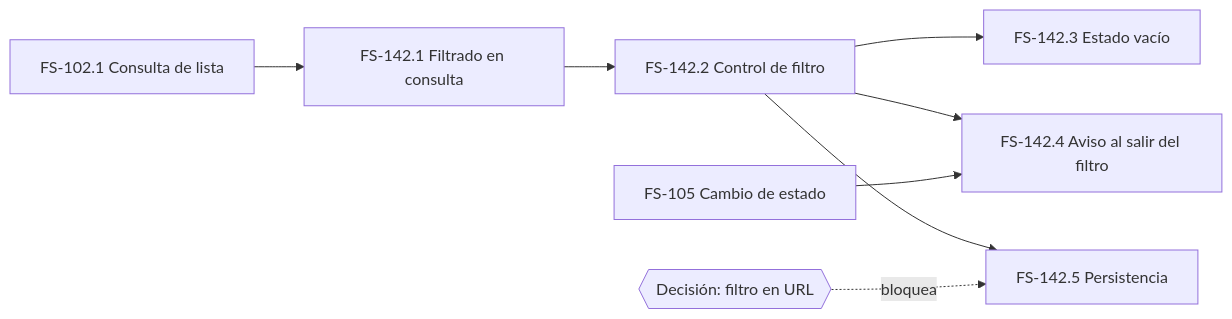
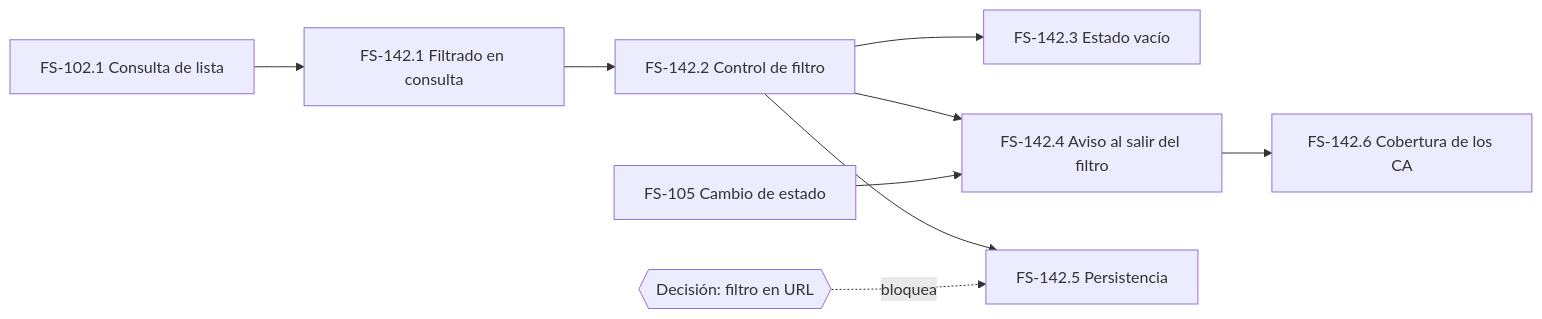
The diagram in docs/backlog/E2-gestion-tareas/us-filtrar-por-estado.tickets.md (LIDR-academy/flowsync-ai4devs), drawn with Mermaid before and after one commit. The commit also changed other lines of this file and 3 other files, not shown here.

````diff
--- a/docs/backlog/E2-gestion-tareas/us-filtrar-por-estado.tickets.md
+++ b/docs/backlog/E2-gestion-tareas/us-filtrar-por-estado.tickets.md
@@ -71,10 +81,11 @@
 ```mermaid
 graph LR
   FS102_1[FS-102.1 Consulta de lista] --> FS142_1[FS-142.1 Filtrado en consulta]
   FS142_1 --> FS142_2[FS-142.2 Control de filtro]
   FS142_2 --> FS142_3[FS-142.3 Estado vacío]
   FS142_2 --> FS142_4[FS-142.4 Aviso al salir del filtro]
   FS142_2 --> FS142_5[FS-142.5 Persistencia]
   FS105[FS-105 Cambio de estado] --> FS142_4
+  FS142_4 --> FS142_6[FS-142.6 Cobertura de los CA]
   D_URL{{Decisión: filtro en URL}} -.bloquea.-> FS142_5
 ```
````
